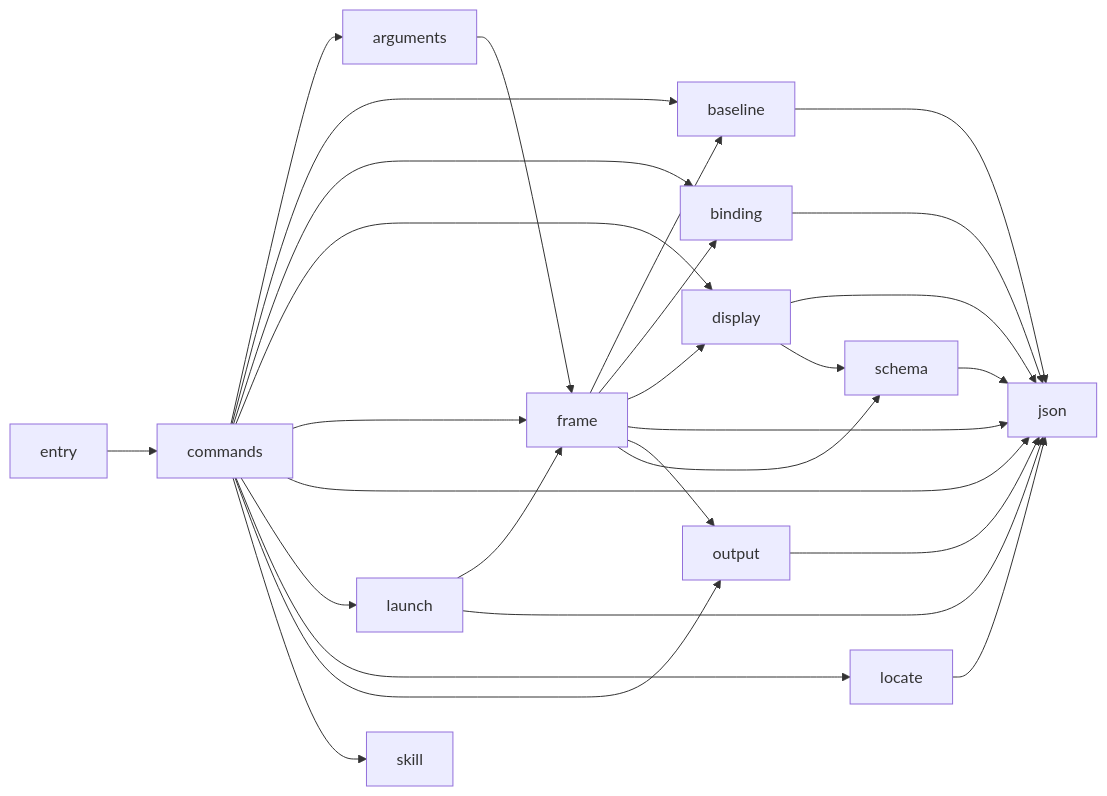
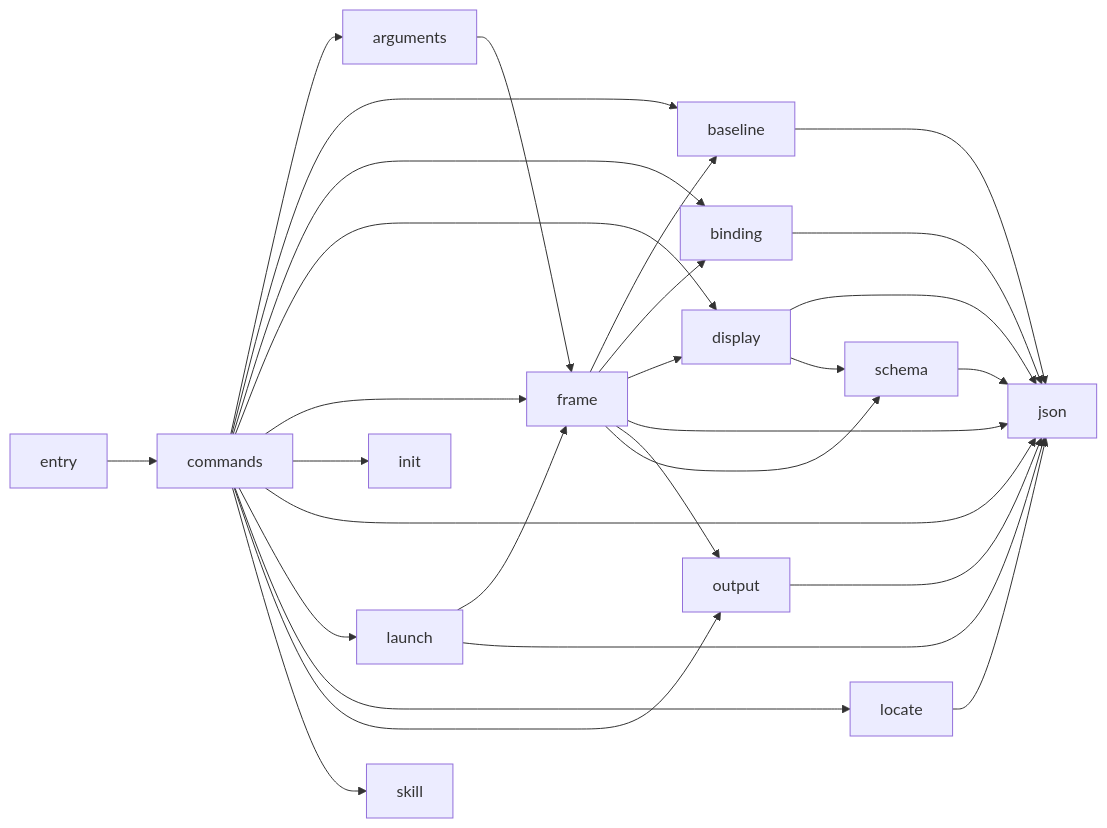
Before and after one commit to rapiddweller/archkeel: the diagram in docs/architecture/shell.md, drawn with Mermaid. The commit also changed other lines of this file and 16 other files, not shown here.

````diff
--- a/docs/architecture/shell.md
+++ b/docs/architecture/shell.md
@@ -49,43 +50,45 @@
 ```mermaid
 flowchart LR
     n_0["arguments"]
     n_1["baseline"]
     n_2["binding"]
     n_3["commands"]
     n_4["display"]
     n_5["entry"]
     n_6["frame"]
-    n_7["json"]
-    n_8["launch"]
-    n_9["locate"]
-    n_10["output"]
-    n_11["schema"]
-    n_12["skill"]
+    n_7["init"]
+    n_8["json"]
+    n_9["launch"]
+    n_10["locate"]
+    n_11["output"]
+    n_12["schema"]
+    n_13["skill"]
     n_0 --> n_6
-    n_1 --> n_7
-    n_2 --> n_7
+    n_1 --> n_8
+    n_2 --> n_8
     n_3 --> n_0
     n_3 --> n_1
     n_3 --> n_2
     n_3 --> n_4
     n_3 --> n_6
     n_3 --> n_7
     n_3 --> n_8
     n_3 --> n_9
     n_3 --> n_10
-    n_3 --> n_12
-    n_4 --> n_7
-    n_4 --> n_11
+    n_3 --> n_11
+    n_3 --> n_13
+    n_4 --> n_8
+    n_4 --> n_12
     n_5 --> n_3
     n_6 --> n_1
     n_6 --> n_2
     n_6 --> n_4
-    n_6 --> n_7
-    n_6 --> n_10
+    n_6 --> n_8
     n_6 --> n_11
-    n_8 --> n_6
-    n_8 --> n_7
-    n_9 --> n_7
-    n_10 --> n_7
-    n_11 --> n_7
+    n_6 --> n_12
+    n_9 --> n_6
+    n_9 --> n_8
+    n_10 --> n_8
+    n_11 --> n_8
+    n_12 --> n_8
 ```
````
